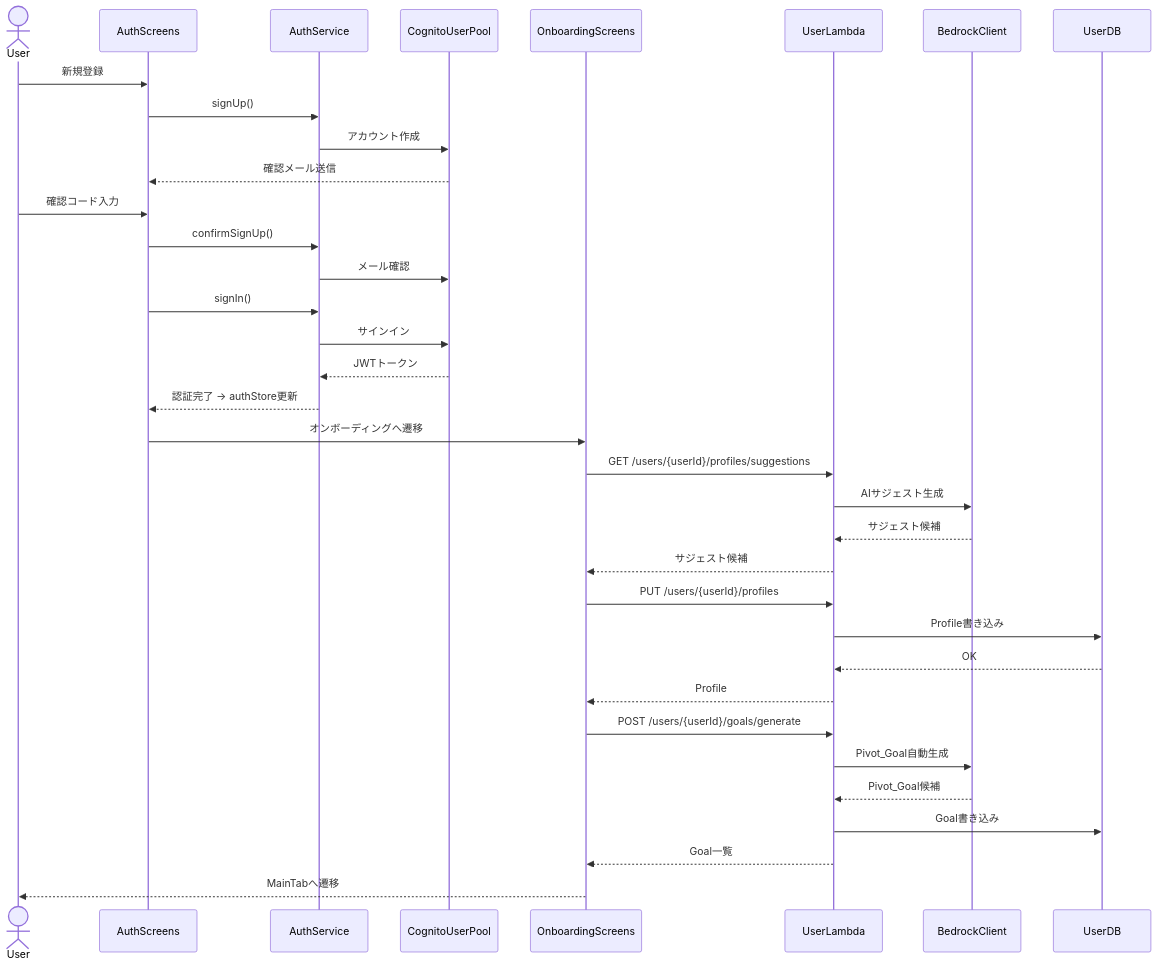
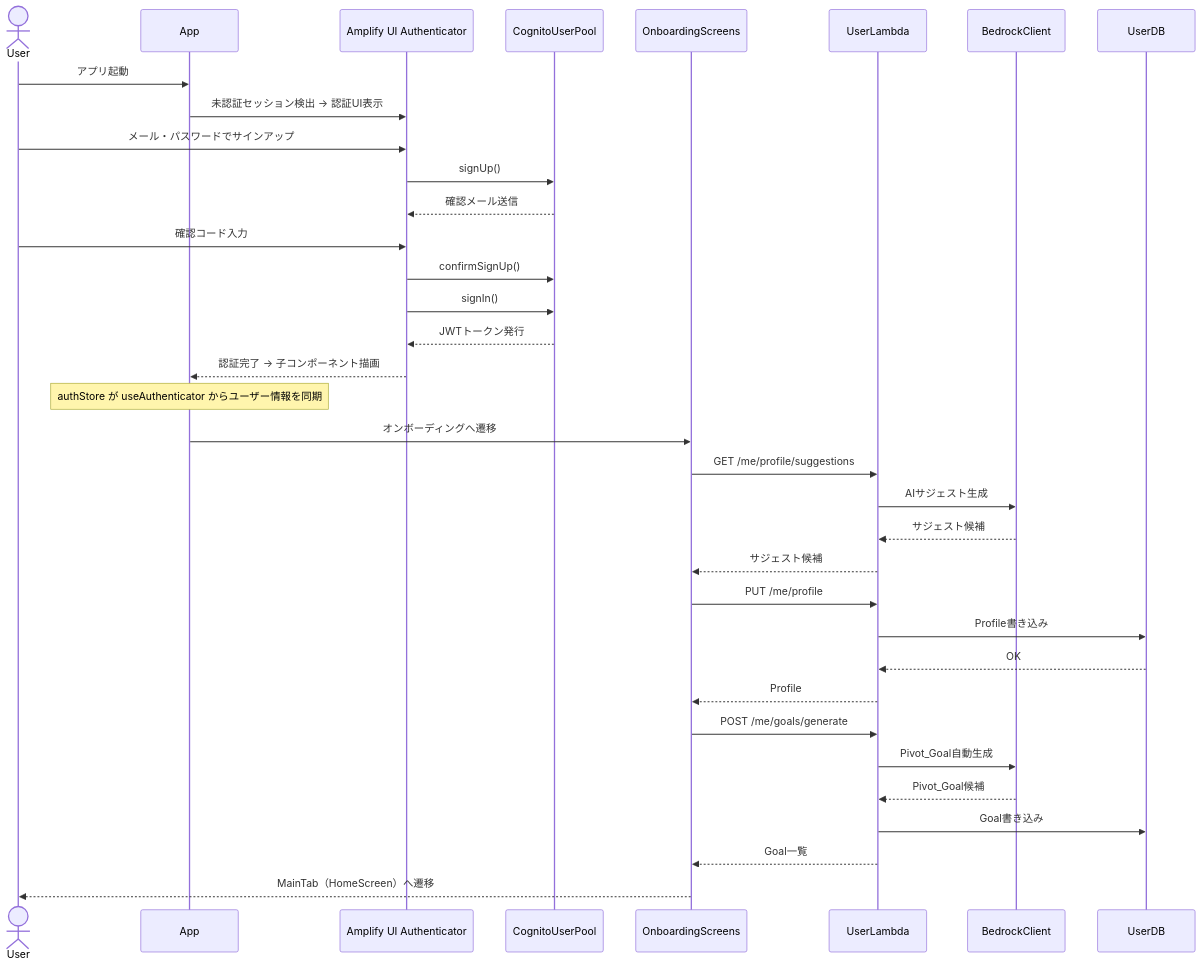
Before and after one commit to aws-dlc-hackathon-team-a/team-a: the first of 10 diagrams in aidlc-docs/inception/application-design/component-dependency.md, drawn with Mermaid. The commit also changed other lines of this file and 10 other files, not shown here.

````diff
--- a/aidlc-docs/inception/application-design/component-dependency.md
+++ b/aidlc-docs/inception/application-design/component-dependency.md
@@ -64,41 +68,41 @@
 ```mermaid
 sequenceDiagram
     actor User
-    participant AuthScreens
-    participant AuthService
+    participant App
+    participant Authenticator as Amplify UI Authenticator
     participant Cognito as CognitoUserPool
     participant OnboardingScreens
     participant UserLambda
     participant Bedrock as BedrockClient
     participant UserDB
 
-    User->>AuthScreens: 新規登録
-    AuthScreens->>AuthService: signUp()
-    AuthService->>Cognito: アカウント作成
-    Cognito-->>AuthScreens: 確認メール送信
-    User->>AuthScreens: 確認コード入力
-    AuthScreens->>AuthService: confirmSignUp()
-    AuthService->>Cognito: メール確認
-    AuthScreens->>AuthService: signIn()
-    AuthService->>Cognito: サインイン
-    Cognito-->>AuthService: JWTトークン
-    AuthService-->>AuthScreens: 認証完了 → authStore更新
+    User->>App: アプリ起動
+    App->>Authenticator: 未認証セッション検出 → 認証UI表示
+    User->>Authenticator: メール・パスワードでサインアップ
+    Authenticator->>Cognito: signUp()
+    Cognito-->>Authenticator: 確認メール送信
+    User->>Authenticator: 確認コード入力
+    Authenticator->>Cognito: confirmSignUp()
+    Authenticator->>Cognito: signIn()
+    Cognito-->>Authenticator: JWTトークン発行
+    Authenticator-->>App: 認証完了 → 子コンポーネント描画
+    Note over App: authStore が useAuthenticator からユーザー情報を同期
 
-    AuthScreens->>OnboardingScreens: オンボーディングへ遷移
-    OnboardingScreens->>UserLambda: GET /users/{userId}/profiles/suggestions
+    App->>OnboardingScreens: オンボーディングへ遷移
+    OnboardingScreens->>UserLambda: GET /me/profile/suggestions
     UserLambda->>Bedrock: AIサジェスト生成
     Bedrock-->>UserLambda: サジェスト候補
     UserLambda-->>OnboardingScreens: サジェスト候補
 
-    OnboardingScreens->>UserLambda: PUT /users/{userId}/profiles
+    OnboardingScreens->>UserLambda: PUT /me/profile
     UserLambda->>UserDB: Profile書き込み
     UserDB-->>UserLambda: OK
     UserLambda-->>OnboardingScreens: Profile
 
-    OnboardingScreens->>UserLambda: POST /users/{userId}/goals/generate
+    OnboardingScreens->>UserLambda: POST /me/goals/generate
     UserLambda->>Bedrock: Pivot_Goal自動生成
     Bedrock-->>UserLambda: Pivot_Goal候補
     UserLambda->>UserDB: Goal書き込み
     UserLambda-->>OnboardingScreens: Goal一覧
-    OnboardingScreens-->>User: MainTabへ遷移
+    OnboardingScreens-->>User: MainTab（HomeScreen）へ遷移
 ```
````
